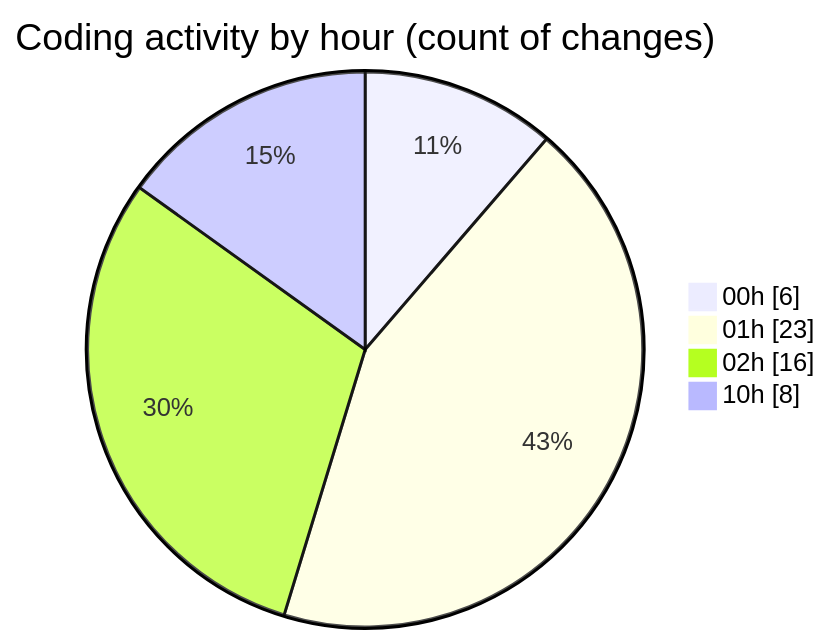
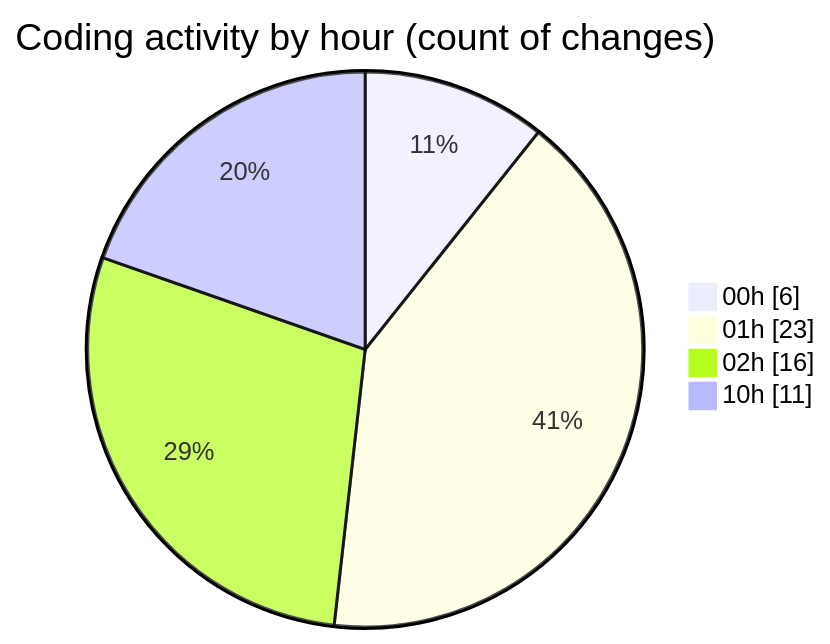
Before and after one commit to julien-gomy/code-tracking: the second of 2 diagrams in 2025-11-08/eventscop-frontend-guide__workspace_/README.md, drawn with Mermaid. The commit also changed other lines of this file and 1 other file, not shown here.

````diff
--- a/2025-11-08/eventscop-frontend-guide__workspace_/README.md
+++ b/2025-11-08/eventscop-frontend-guide__workspace_/README.md
@@ -44,8 +44,8 @@
 ```mermaid
 pie showData
 title Coding activity by hour (count of changes)
 "00h" : 6
 "01h" : 23
 "02h" : 16
-"10h" : 8
+"10h" : 11
 ```
````
